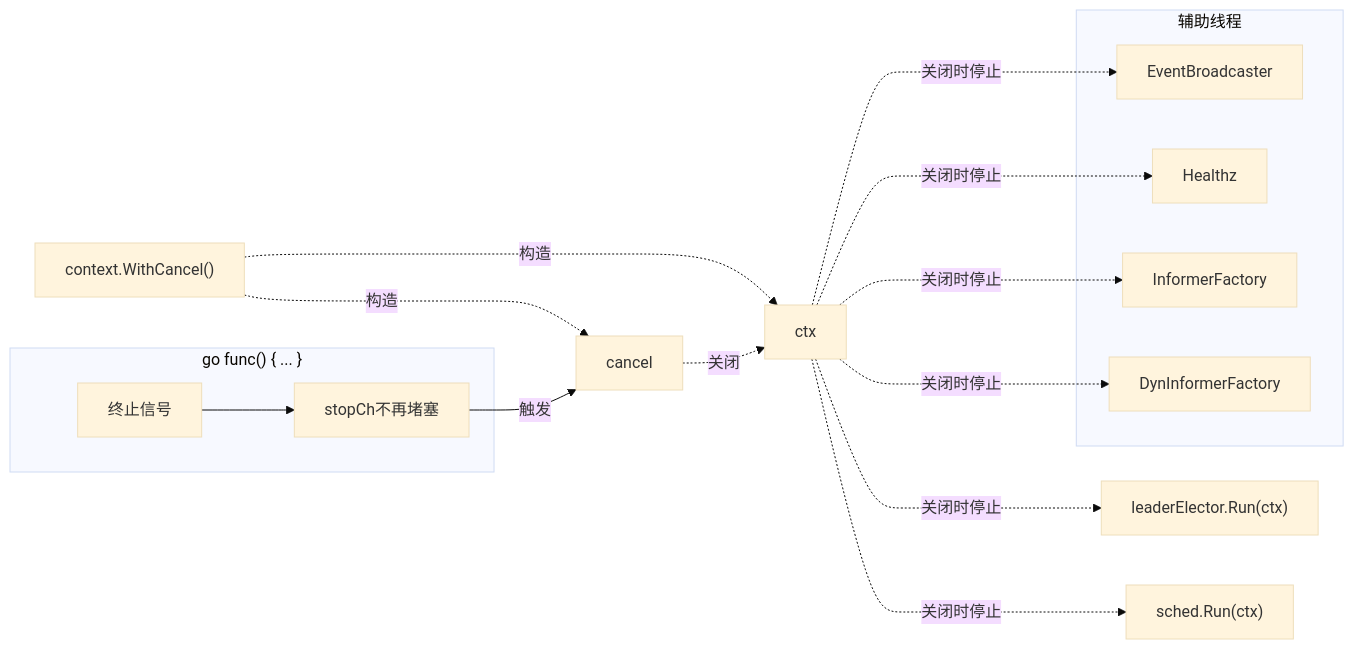
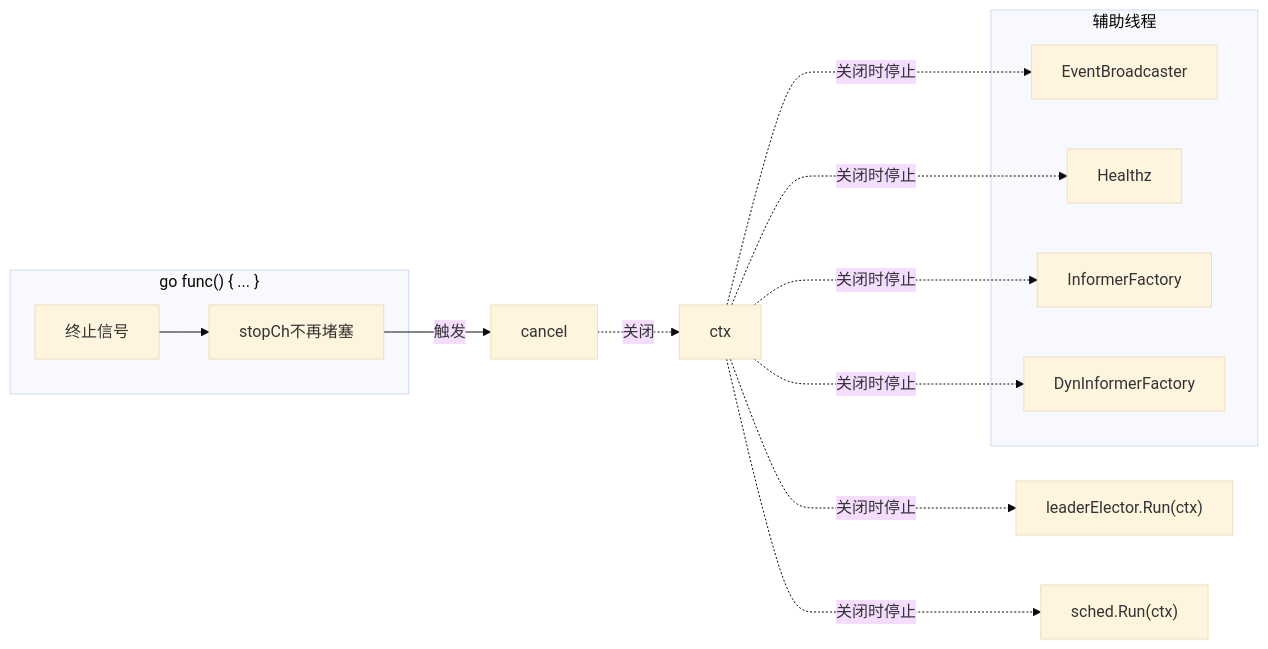
The second of 3 diagrams in k8s-source/scheduler.md (RyoJerryYu/vscode-memo), drawn with Mermaid (base theme) before and after one commit. The commit also changed other lines of this file and 1 other file, not shown here.

````diff
--- a/k8s-source/scheduler.md
+++ b/k8s-source/scheduler.md
@@ -358,30 +358,28 @@
 ```mermaid
 flowchart LR
-context["context.WithCancel()"] -...->|构造| ctx
-context["context.WithCancel()"] -.->|构造| cancel
 cancel -.->|关闭|ctx
 
 subgraph 辅助线程
 	EventBroadcaster
 	Healthz
 	InformerFactory
 	DynInformerFactory
 end
 
 elector["leaderElector.Run(ctx)"]
 schedrun["sched.Run(ctx)"]
 
 
 ctx -...-> |关闭时停止|EventBroadcaster
 ctx -...-> |关闭时停止|Healthz
 ctx -...-> |关闭时停止|InformerFactory
 ctx -...-> |关闭时停止|DynInformerFactory
 ctx -...-> |关闭时停止|elector
 ctx -...-> |关闭时停止|schedrun
 
 subgraph go["go func() { ... }"]
 终止信号 --> stopCh["stopCh不再堵塞"]
 end
 stopCh -->|触发|cancel
 
 ```
````
